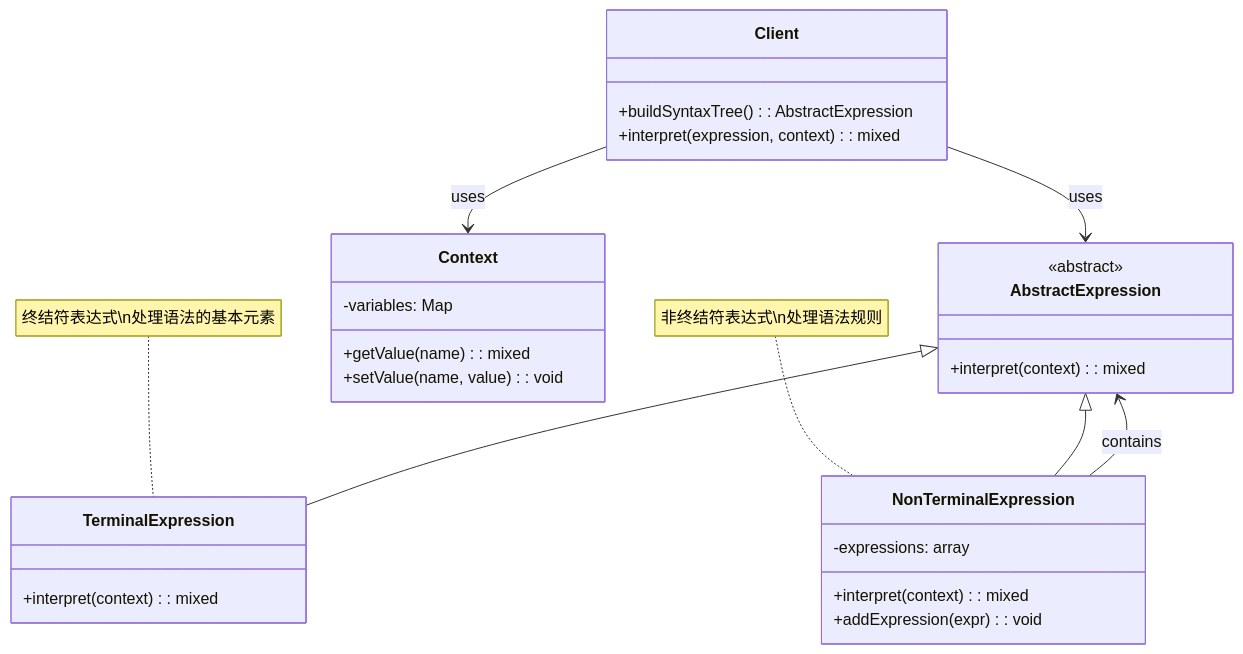
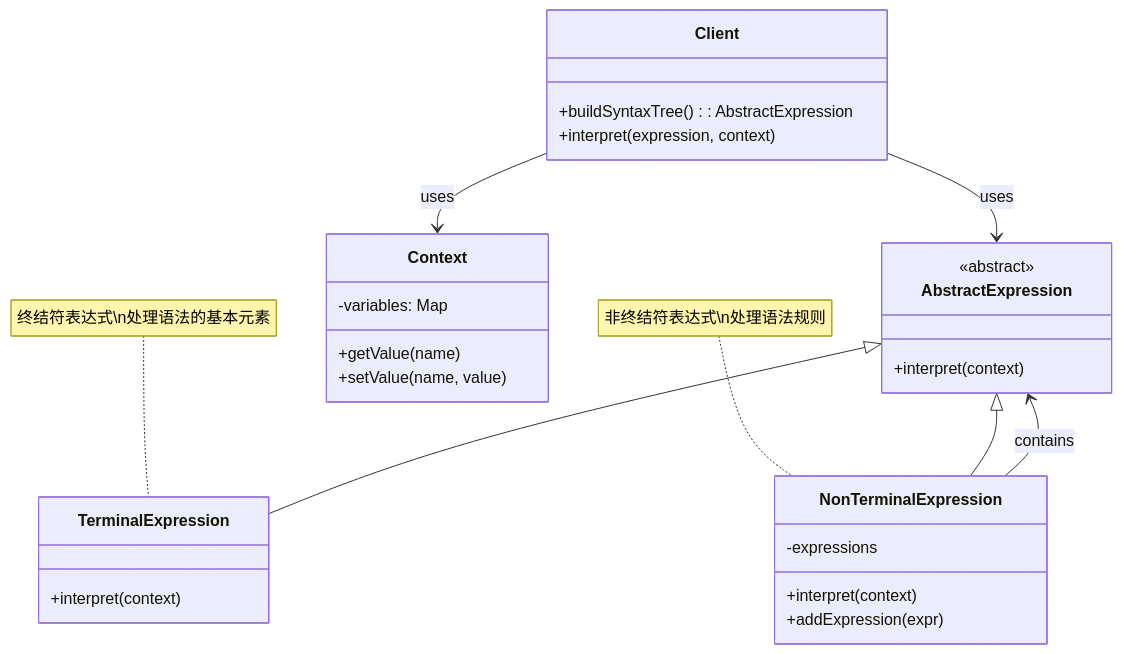
Before and after one commit to fanly/DesignPattern: the first of 6 diagrams in resources/design-patterns/laravel/behavioral/interpreter_zh.md, drawn with Mermaid. The commit also changed other lines of this file and 103 other files, not shown here.

````diff
--- a/resources/design-patterns/laravel/behavioral/interpreter_zh.md
+++ b/resources/design-patterns/laravel/behavioral/interpreter_zh.md
@@ -10,37 +10,37 @@
 ```mermaid
 classDiagram
     class AbstractExpression {
         <<abstract>>
-        +interpret(context): mixed
+        +interpret(context)
     }
     
     class TerminalExpression {
-        +interpret(context): mixed
+        +interpret(context)
     }
     
     class NonTerminalExpression {
-        -expressions: array
-        +interpret(context): mixed
-        +addExpression(expr): void
+        -expressions
+        +interpret(context)
+        +addExpression(expr)
     }
     
     class Context {
         -variables: Map
-        +getValue(name): mixed
-        +setValue(name, value): void
+        +getValue(name)
+        +setValue(name, value)
     }
     
     class Client {
         +buildSyntaxTree(): AbstractExpression
-        +interpret(expression, context): mixed
+        +interpret(expression, context)
     }
     
     AbstractExpression <|-- TerminalExpression
     AbstractExpression <|-- NonTerminalExpression
     NonTerminalExpression --> AbstractExpression : contains
     Client --> AbstractExpression : uses
     Client --> Context : uses
     
     note for TerminalExpression "终结符表达式\n处理语法的基本元素"
     note for NonTerminalExpression "非终结符表达式\n处理语法规则"
 ```
````
